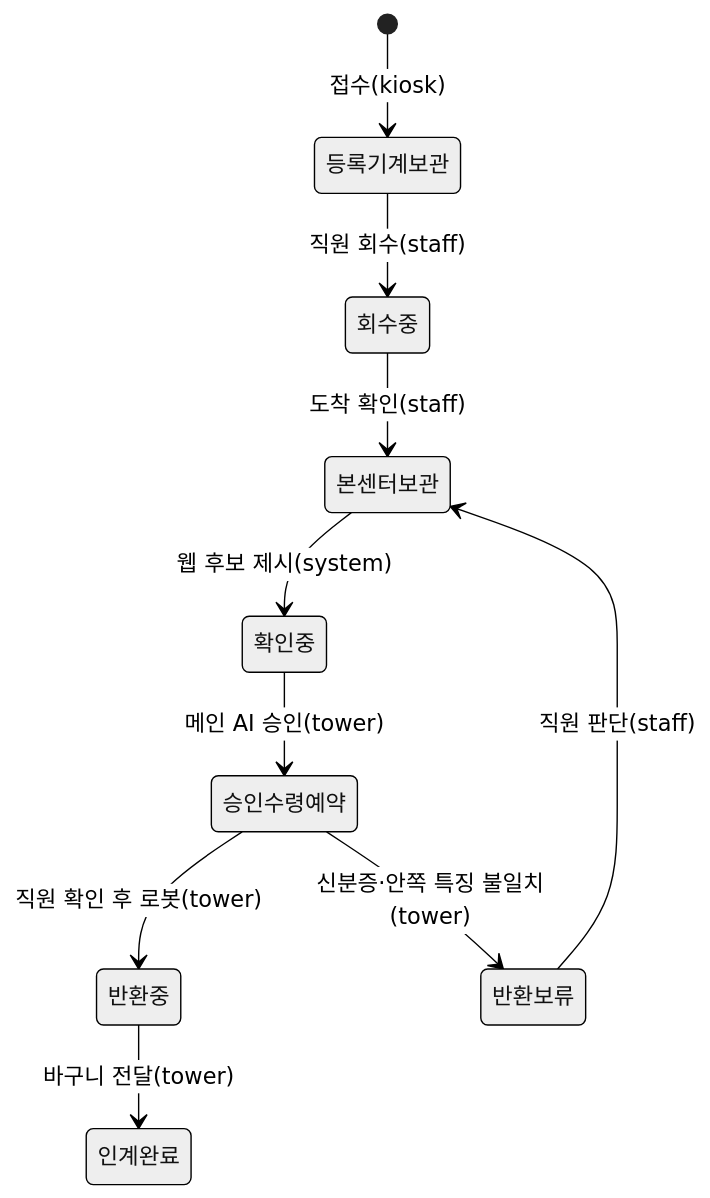
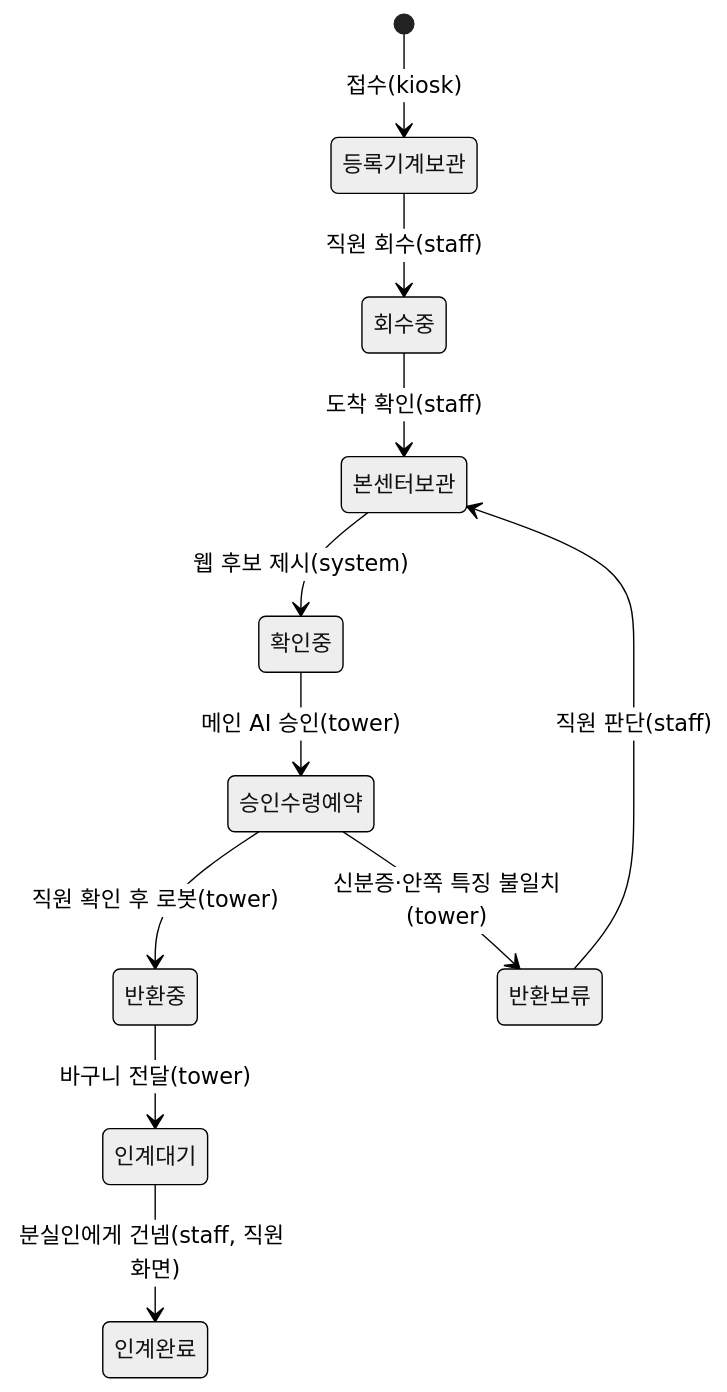
The second of 2 diagrams in docs/design/database.md (agentops-lostfound/ai-lostfound-tower), drawn with Mermaid (neutral theme) before and after one commit. The commit also changed other lines of this file and 21 other files, not shown here.

````diff
--- a/docs/design/database.md
+++ b/docs/design/database.md
@@ -81,12 +81,13 @@
 ```mermaid
 stateDiagram-v2
   [*] --> 등록기계보관: 접수(kiosk)
   등록기계보관 --> 회수중: 직원 회수(staff)
   회수중 --> 본센터보관: 도착 확인(staff)
   본센터보관 --> 확인중: 웹 후보 제시(system)
   확인중 --> 승인수령예약: 메인 AI 승인(tower)
   승인수령예약 --> 반환중: 직원 확인 후 로봇(tower)
-  반환중 --> 인계완료: 바구니 전달(tower)
+  반환중 --> 인계대기: 바구니 전달(tower)
+  인계대기 --> 인계완료: 분실인에게 건넴(staff, 직원 화면)
   승인수령예약 --> 반환보류: 신분증·안쪽 특징 불일치(tower)
   반환보류 --> 본센터보관: 직원 판단(staff)
 ```
````
